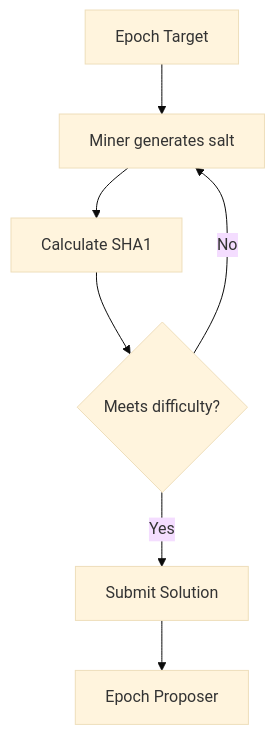
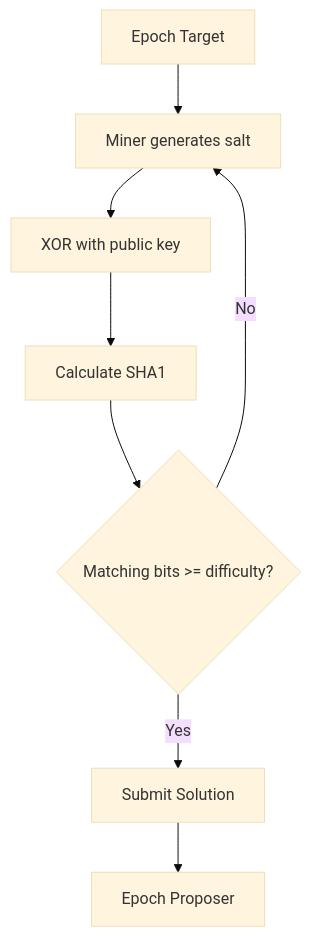
One commit to btc-vision/opnet changed the second of 2 diagrams in docs/epochs/overview.md. Above: the diagram before and after it, drawn with Mermaid (base theme). The commit also changed other lines of this file and 32 other files, not shown here.

````diff
--- a/docs/epochs/overview.md
+++ b/docs/epochs/overview.md
@@ -52,9 +54,10 @@
 ```mermaid
 flowchart TD
     A[Epoch Target] --> B[Miner generates salt]
-    B --> C[Calculate SHA1]
-    C --> D{Meets difficulty?}
-    D -->|No| B
-    D -->|Yes| E[Submit Solution]
-    E --> F[Epoch Proposer]
+    B --> C[XOR with public key]
+    C --> D[Calculate SHA1]
+    D --> E{Matching bits >= difficulty?}
+    E -->|No| B
+    E -->|Yes| F[Submit Solution]
+    F --> G[Epoch Proposer]
 ```
````
